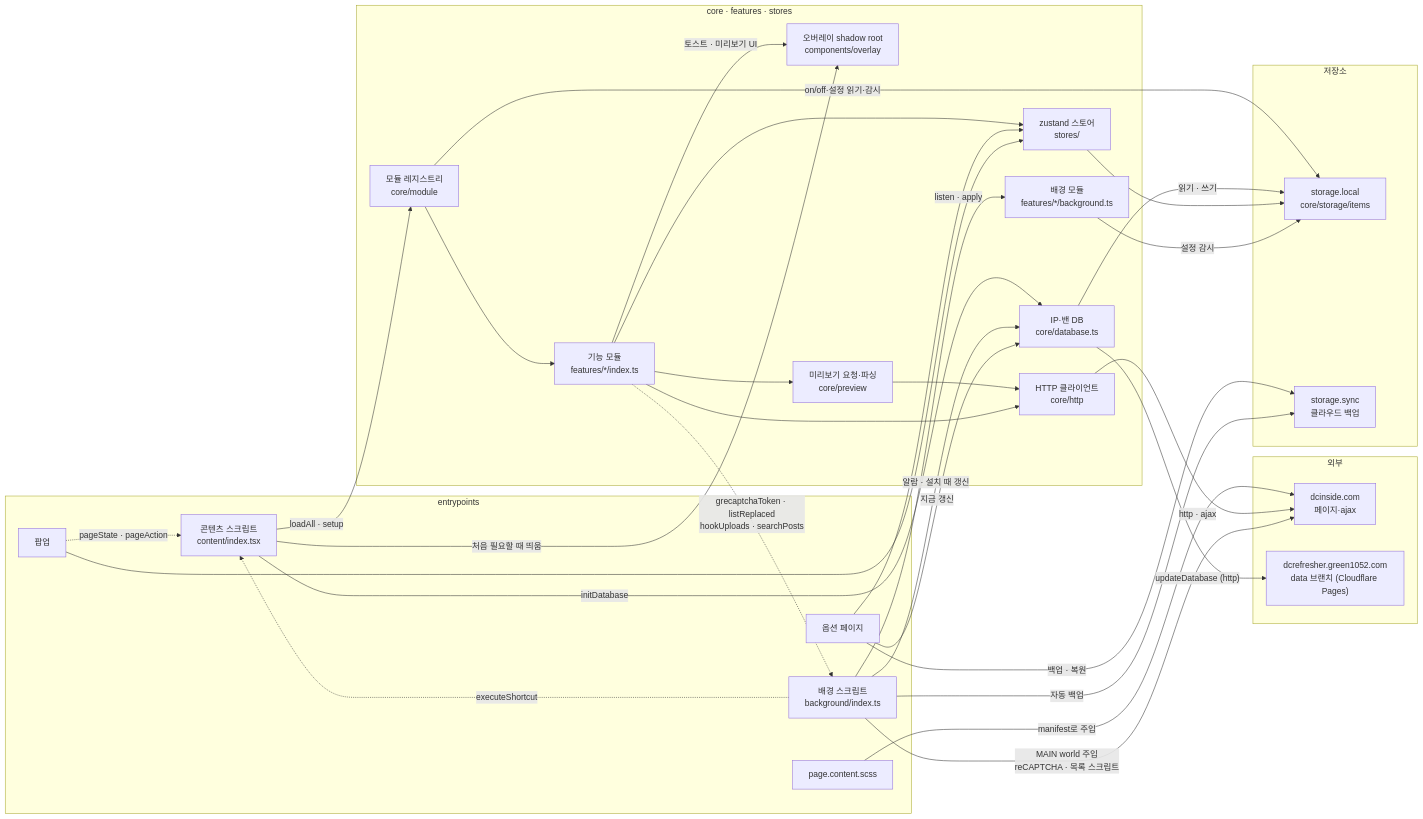
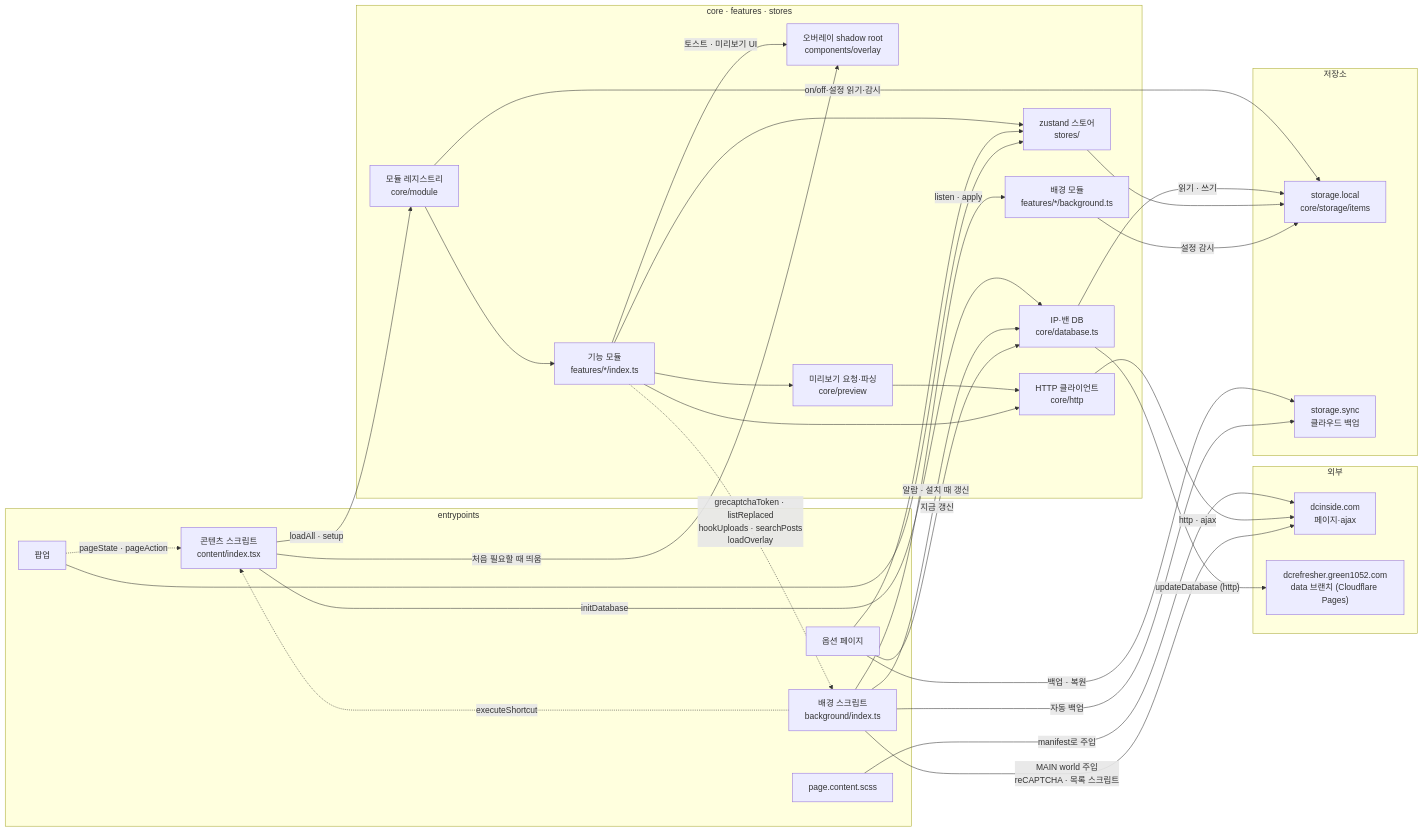
One commit to green1052/DCRefresher-Reborn changed the first of 6 diagrams in docs/DEVELOPMENT.md. Above: the diagram before and after it, drawn with Mermaid. The commit also changed other lines of this file and 6 other files, not shown here.

````diff
--- a/docs/DEVELOPMENT.md
+++ b/docs/DEVELOPMENT.md
@@ -108,59 +110,59 @@
 ```mermaid
 flowchart LR
     subgraph EXT["외부"]
         DC["dcinside.com<br>페이지·ajax"]
         GH["dcrefresher.green1052.com<br>data 브랜치 (Cloudflare Pages)"]
     end
 
     subgraph ENTRY["entrypoints"]
         CS["콘텐츠 스크립트<br>content/index.tsx"]
         PCSS["page.content.scss"]
         BG["배경 스크립트<br>background/index.ts"]
         OPT["옵션 페이지"]
         POP["팝업"]
     end
 
     subgraph CORE["core · features · stores"]
         REG["모듈 레지스트리<br>core/module"]
         FEAT["기능 모듈<br>features/*/index.ts"]
         BGM["배경 모듈<br>features/*/background.ts"]
         OV["오버레이 shadow root<br>components/overlay"]
         PREV["미리보기 요청·파싱<br>core/preview"]
         HTTP["HTTP 클라이언트<br>core/http"]
         DB["IP·밴 DB<br>core/database.ts"]
         ST["zustand 스토어<br>stores/"]
     end
 
     subgraph STORE["저장소"]
         LOCAL["storage.local<br>core/storage/items"]
         SYNC["storage.sync<br>클라우드 백업"]
     end
 
     PCSS -->|"manifest로 주입"| DC
     CS -->|"loadAll · setup"| REG
     REG --> FEAT
     REG -->|"on/off·설정 읽기·감시"| LOCAL
     CS -->|"처음 필요할 때 띄움"| OV
     FEAT -->|"토스트 · 미리보기 UI"| OV
     FEAT --> PREV
     PREV --> HTTP
     FEAT --> HTTP
     HTTP -->|"http · ajax"| DC
     CS -->|"initDatabase"| DB
     BG -->|"알람 · 설치 때 갱신"| DB
     OPT -->|"지금 갱신"| DB
     DB -->|"updateDatabase (http)"| GH
     DB -->|"읽기 · 쓰기"| LOCAL
     FEAT --> ST
     OPT --> ST
     POP --> ST
     ST --> LOCAL
     OPT -->|"백업 · 복원"| SYNC
     BG -->|"자동 백업"| SYNC
     BG -->|"listen · apply"| BGM
     BGM -->|"설정 감시"| LOCAL
     BG -->|"MAIN world 주입<br>reCAPTCHA · 목록 스크립트"| DC
     BG -.->|"executeShortcut"| CS
-    FEAT -.->|"grecaptchaToken · listReplaced<br>hookUploads · searchPosts"| BG
+    FEAT -.->|"grecaptchaToken · listReplaced<br>hookUploads · searchPosts<br>loadOverlay"| BG
     POP -.->|"pageState · pageAction"| CS
 ```
````
